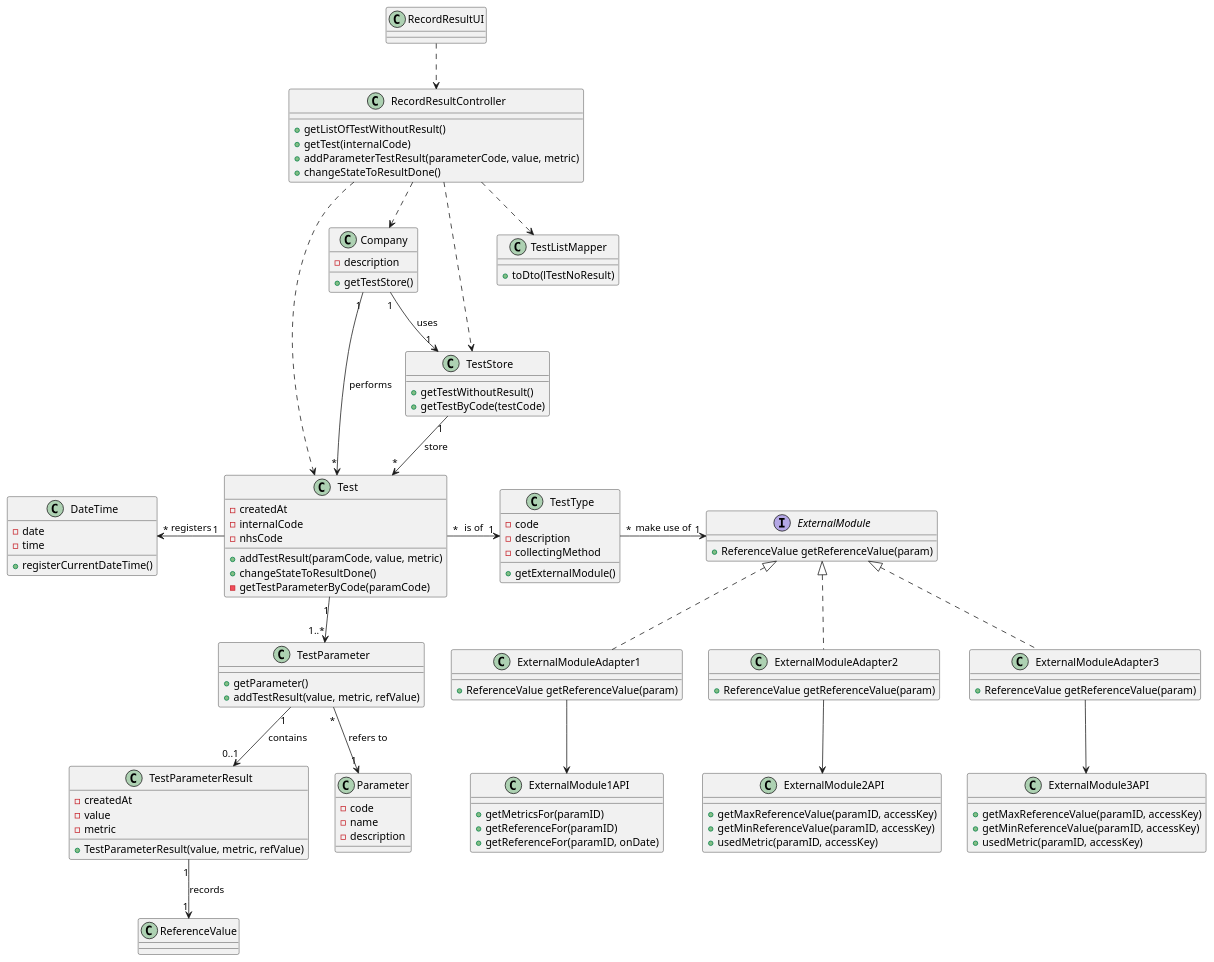
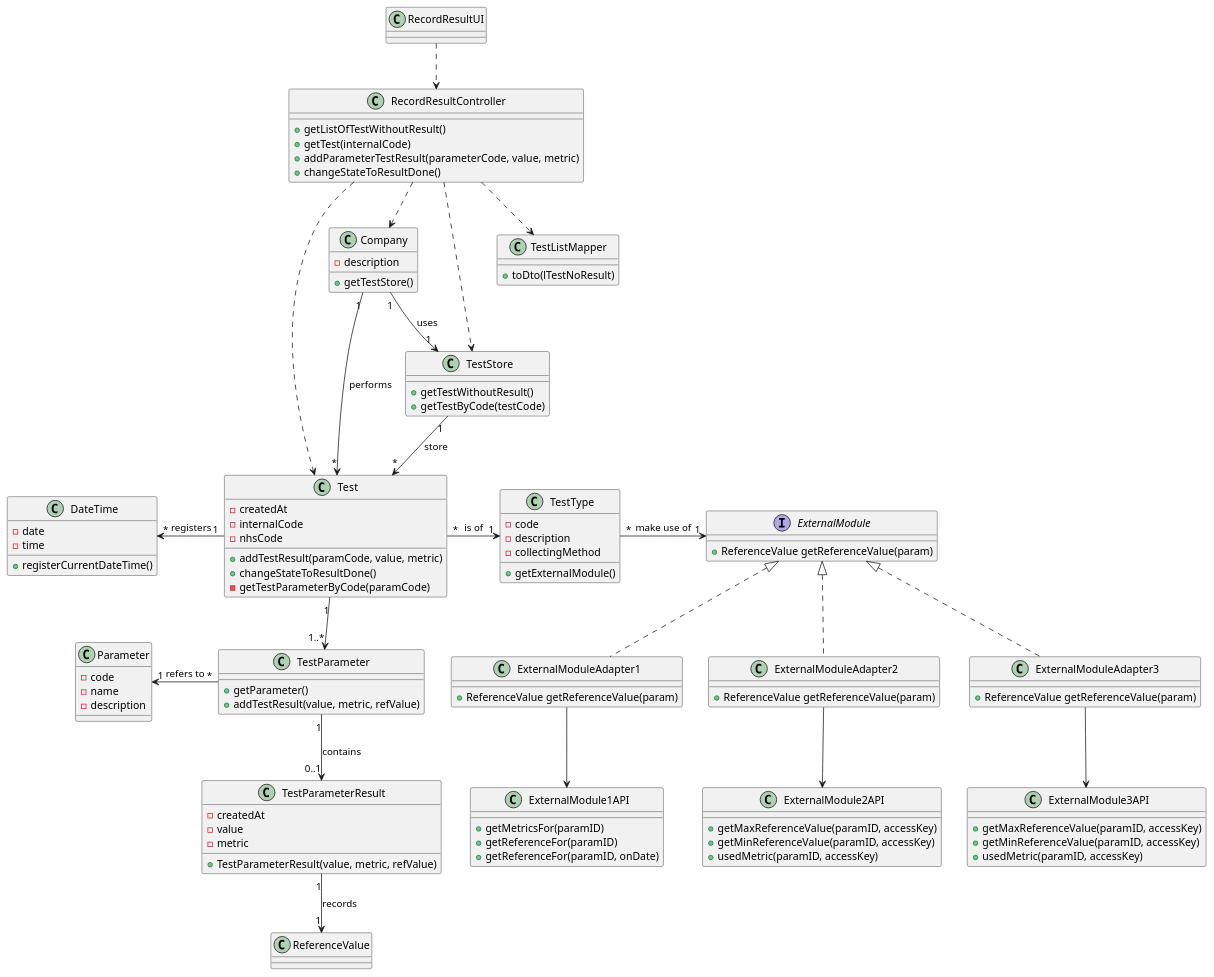
The diagram in docs/SprintC/US12/US12_CD_1.puml (GuilhermeCunha79/lapr2), drawn with PlantUML before and after one commit. The commit also changed 33 other files, not shown here.

```diff
--- a/docs/SprintC/US12/US12_CD_1.puml
+++ b/docs/SprintC/US12/US12_CD_1.puml
@@ -1,129 +1,129 @@
 @startuml
 
 class RecordResultUI {
 }
 
 class RecordResultController {
     +getListOfTestWithoutResult()
     +getTest(internalCode)
     +addParameterTestResult(parameterCode, value, metric)
     +changeStateToResultDone()
 }
 
 class Company {
     -description
     +getTestStore()
 }
 
 class TestStore {
     +getTestWithoutResult()
     +getTestByCode(testCode)
 }
 
 class TestListMapper {
     +toDto(lTestNoResult)
 }
 
 class Test {
     -createdAt
     -internalCode
     -nhsCode
     +addTestResult(paramCode, value, metric)
     +changeStateToResultDone()
     -getTestParameterByCode(paramCode)
 }
 
 
 
 class DateTime {
     -date
     -time
     +registerCurrentDateTime()
 }
 
 class TestType {
     -code
     -description
     -collectingMethod
     +getExternalModule()
 }
 
 class TestParameterResult {
     -createdAt
     -value
     -metric
     +TestParameterResult(value, metric, refValue)
 }
 
 class ReferenceValue {
 
 }
 
 class TestParameter {
     +getParameter()
     +addTestResult(value, metric, refValue)
 }
 
 class Parameter {
     -code
     -name
     -description
 }
 
 interface ExternalModule {
     +ReferenceValue getReferenceValue(param)
 }
 
 class ExternalModuleAdapter1 {
     +ReferenceValue getReferenceValue(param)
 }
 
 class ExternalModuleAdapter2 {
     +ReferenceValue getReferenceValue(param)
 }
 
 class ExternalModuleAdapter3 {
     +ReferenceValue getReferenceValue(param)
 }
 
 class ExternalModule1API {
     +getMetricsFor(paramID)
     +getReferenceFor(paramID)
     +getReferenceFor(paramID, onDate)
 }
 
 class ExternalModule2API {
     +getMaxReferenceValue(paramID, accessKey)
     +getMinReferenceValue(paramID, accessKey)
     +usedMetric(paramID, accessKey)
 }
 
 class ExternalModule3API {
     +getMaxReferenceValue(paramID, accessKey)
     +getMinReferenceValue(paramID, accessKey)
     +usedMetric(paramID, accessKey)
 }
 
 RecordResultUI ..> RecordResultController
 RecordResultController ..> Company
 RecordResultController ..> TestStore
 RecordResultController ..> TestListMapper
 RecordResultController ..> Test
 
 Company"1" --> "*"Test : "performs"
 Company"1" --> "1"TestStore : "uses"
 TestStore"1" --> "*"Test : "store"
 Test"1" -left-> "*"DateTime : registers
 ExternalModule <|.. ExternalModuleAdapter1
 ExternalModule <|.. ExternalModuleAdapter2
 ExternalModule <|.. ExternalModuleAdapter3
 ExternalModuleAdapter1 -down-> ExternalModule1API
 ExternalModuleAdapter2 -down-> ExternalModule2API
 ExternalModuleAdapter3 -down-> ExternalModule3API
 TestType"*" -> "1"ExternalModule : "make use of"
 Test"*" -> "1"TestType : is of
 Test"1" -down-> "1..*" TestParameter
 TestParameter"1" --> "0..1" TestParameterResult : contains
-TestParameter"*" --> "1" Parameter : refers to
+TestParameter"*" -left-> "1" Parameter : refers to
 TestParameterResult"1" --> "1"ReferenceValue : records
 @enduml
```
